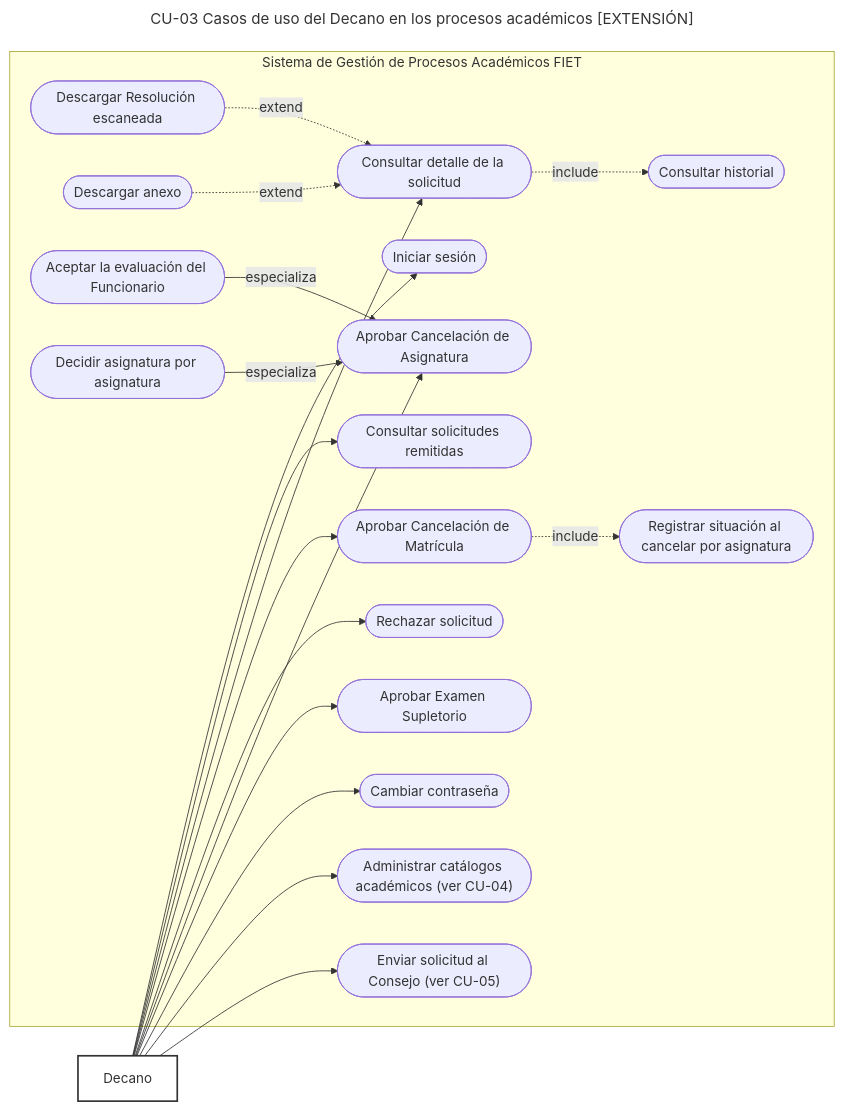
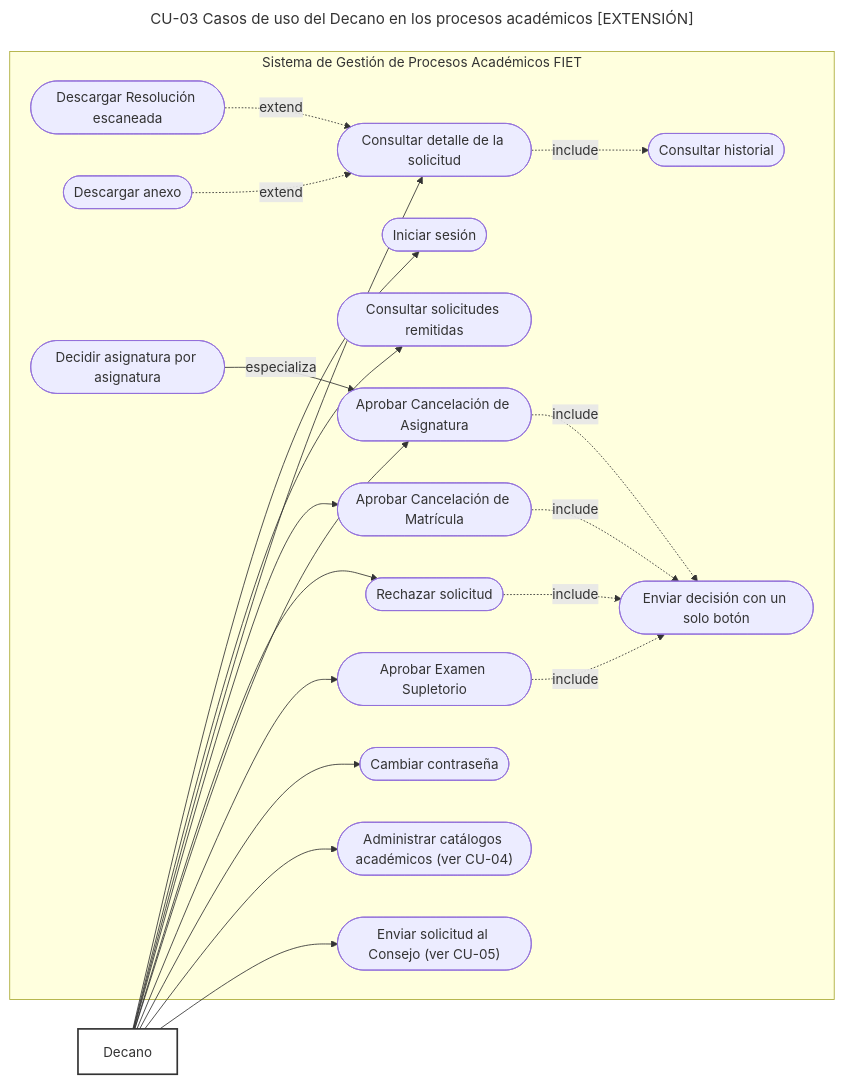
One commit to CamiloBonilla1226/Gestion-Procesos-Academicos-FIET changed the third of 42 diagrams in docs/analisis/13-diagramas-fuente.md. Above: the diagram before and after it, drawn with Mermaid. The commit also changed other lines of this file and 105 other files, not shown here.

````diff
--- a/docs/analisis/13-diagramas-fuente.md
+++ b/docs/analisis/13-diagramas-fuente.md
@@ -129,42 +137,43 @@
 ```mermaid
 ---
 title: CU-03 Casos de uso del Decano en los procesos académicos [EXTENSIÓN]
 ---
 flowchart LR
     DEC["Decano"]:::actor
     subgraph SIS["Sistema de Gestión de Procesos Académicos FIET"]
         D01(["Iniciar sesión"])
         D02(["Consultar solicitudes remitidas"])
         D03(["Consultar detalle de la solicitud"])
         D04(["Consultar historial"])
         D05(["Descargar Resolución escaneada"])
         D06(["Descargar anexo"])
         D07(["Aprobar Cancelación de Matrícula"])
-        D08(["Registrar situación al cancelar por asignatura"])
         D09(["Rechazar solicitud"])
         D10(["Aprobar Cancelación de Asignatura"])
-        D11(["Aceptar la evaluación del Funcionario"])
         D12(["Decidir asignatura por asignatura"])
         D13(["Aprobar Examen Supletorio"])
         D14(["Cambiar contraseña"])
         D15(["Administrar catálogos académicos (ver CU-04)"])
         D16(["Enviar solicitud al Consejo (ver CU-05)"])
+        D17(["Enviar decisión con un solo botón"])
     end
     DEC --> D01
     DEC --> D02
     DEC --> D03
     DEC --> D07
     DEC --> D09
     DEC --> D10
     DEC --> D13
     DEC --> D14
     DEC --> D15
     DEC --> D16
     D03 -.->|include| D04
     D05 -.->|extend| D03
     D06 -.->|extend| D03
-    D07 -.->|include| D08
-    D11 -->|especializa| D10
     D12 -->|especializa| D10
+    D07 -.->|include| D17
+    D09 -.->|include| D17
+    D10 -.->|include| D17
+    D13 -.->|include| D17
     classDef actor fill:#ffffff,stroke:#333333,stroke-width:2px
 ```
````
